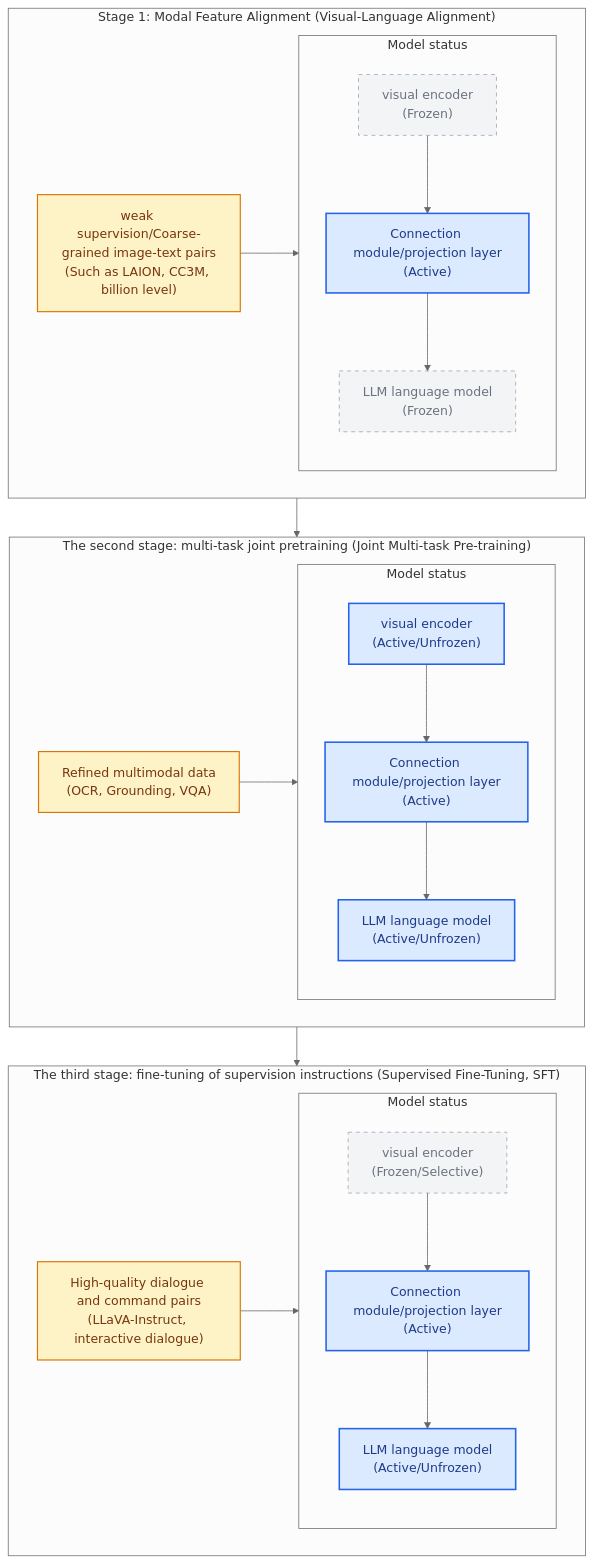
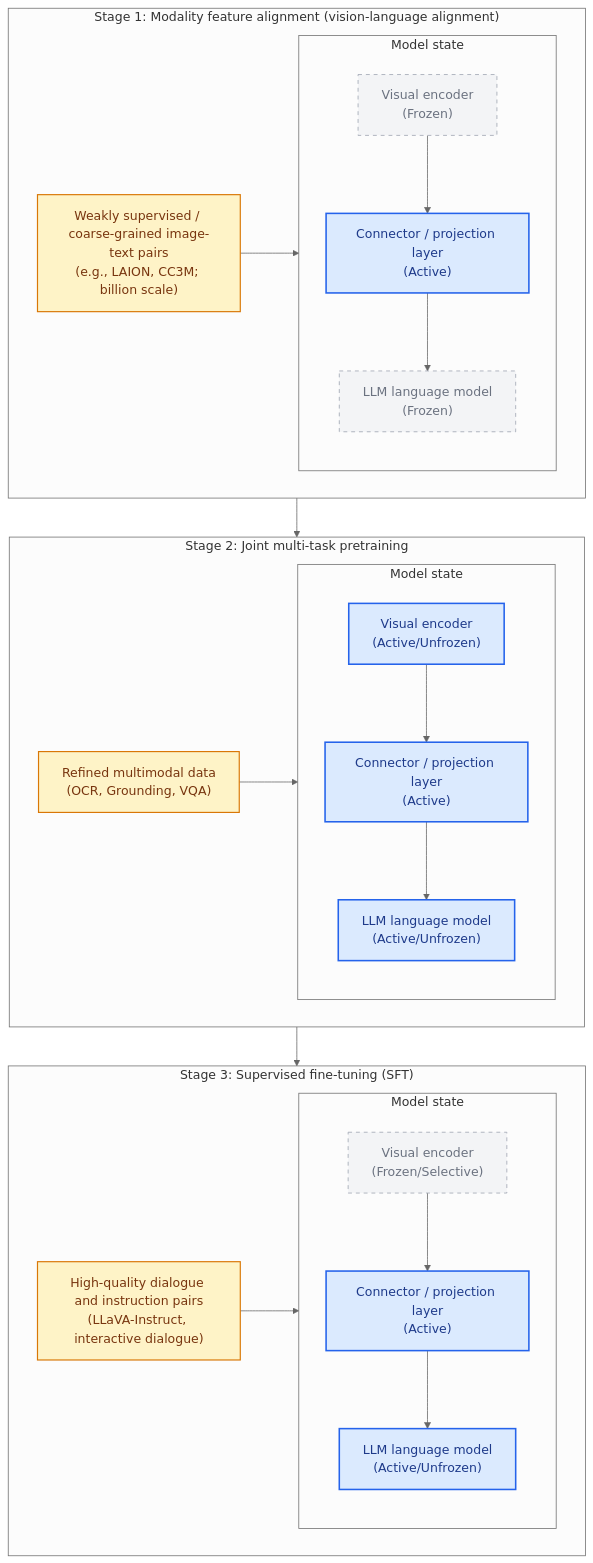
Before and after one commit to TingdeLiu/tingdeliu.github.io: the fifth of 15 diagrams in _translations/en/research/VLM-Survey.md, drawn with Mermaid (neutral theme). The commit also changed other lines of this file and 51 other files, not shown here.

````diff
--- a/_translations/en/research/VLM-Survey.md
+++ b/_translations/en/research/VLM-Survey.md
@@ -826,42 +826,42 @@
 ```mermaid
 flowchart TD
     %% Define styles
     classDef frozen fill:#f3f4f6,stroke:#9ca3af,stroke-width:1px,stroke-dasharray: 5 5,color:#6b7280;
     classDef active fill:#dbeafe,stroke:#2563eb,stroke-width:2px,color:#1e3a8a;
     classDef data fill:#fef3c7,stroke:#d97706,stroke-width:1.5px,color:#78350f;
 
-    subgraph Stage1 ["Stage 1: Modal Feature Alignment (Visual-Language Alignment)"]
+    subgraph Stage1 ["Stage 1: Modality feature alignment (vision-language alignment)"]
         direction LR
-        D1["weak supervision/Coarse-grained image-text pairs\n(Such as LAION, CC3M, billion level)"]:::data --> S1_Model
-        subgraph S1_Model ["Model status"]
-            S1_VE["visual encoder\n(Frozen)"]:::frozen
-            S1_Proj["Connection module/projection layer\n(Active)"]:::active
+        D1["Weakly supervised / coarse-grained image-text pairs\n(e.g., LAION, CC3M; billion scale)"]:::data --> S1_Model
+        subgraph S1_Model ["Model state"]
+            S1_VE["Visual encoder\n(Frozen)"]:::frozen
+            S1_Proj["Connector / projection layer\n(Active)"]:::active
             S1_LLM["LLM language model\n(Frozen)"]:::frozen
             S1_VE --> S1_Proj --> S1_LLM
         end
     end
 
-    subgraph Stage2 ["The second stage: multi-task joint pretraining (Joint Multi-task Pre-training)"]
+    subgraph Stage2 ["Stage 2: Joint multi-task pretraining"]
         direction LR
         D2["Refined multimodal data\n(OCR, Grounding, VQA)"]:::data --> S2_Model
-        subgraph S2_Model ["Model status"]
-            S2_VE["visual encoder\n(Active/Unfrozen)"]:::active
-            S2_Proj["Connection module/projection layer\n(Active)"]:::active
+        subgraph S2_Model ["Model state"]
+            S2_VE["Visual encoder\n(Active/Unfrozen)"]:::active
+            S2_Proj["Connector / projection layer\n(Active)"]:::active
             S2_LLM["LLM language model\n(Active/Unfrozen)"]:::active
             S2_VE --> S2_Proj --> S2_LLM
         end
     end
 
-    subgraph Stage3 ["The third stage: fine-tuning of supervision instructions (Supervised Fine-Tuning, SFT)"]
+    subgraph Stage3 ["Stage 3: Supervised fine-tuning (SFT)"]
         direction LR
-        D3["High-quality dialogue and command pairs\n(LLaVA-Instruct, interactive dialogue)"]:::data --> S3_Model
-        subgraph S3_Model ["Model status"]
-            S3_VE["visual encoder\n(Frozen/Selective)"]:::frozen
-            S3_Proj["Connection module/projection layer\n(Active)"]:::active
+        D3["High-quality dialogue and instruction pairs\n(LLaVA-Instruct, interactive dialogue)"]:::data --> S3_Model
+        subgraph S3_Model ["Model state"]
+            S3_VE["Visual encoder\n(Frozen/Selective)"]:::frozen
+            S3_Proj["Connector / projection layer\n(Active)"]:::active
             S3_LLM["LLM language model\n(Active/Unfrozen)"]:::active
             S3_VE --> S3_Proj --> S3_LLM
         end
     end
 
     Stage1 --> Stage2 --> Stage3
 ```
````
